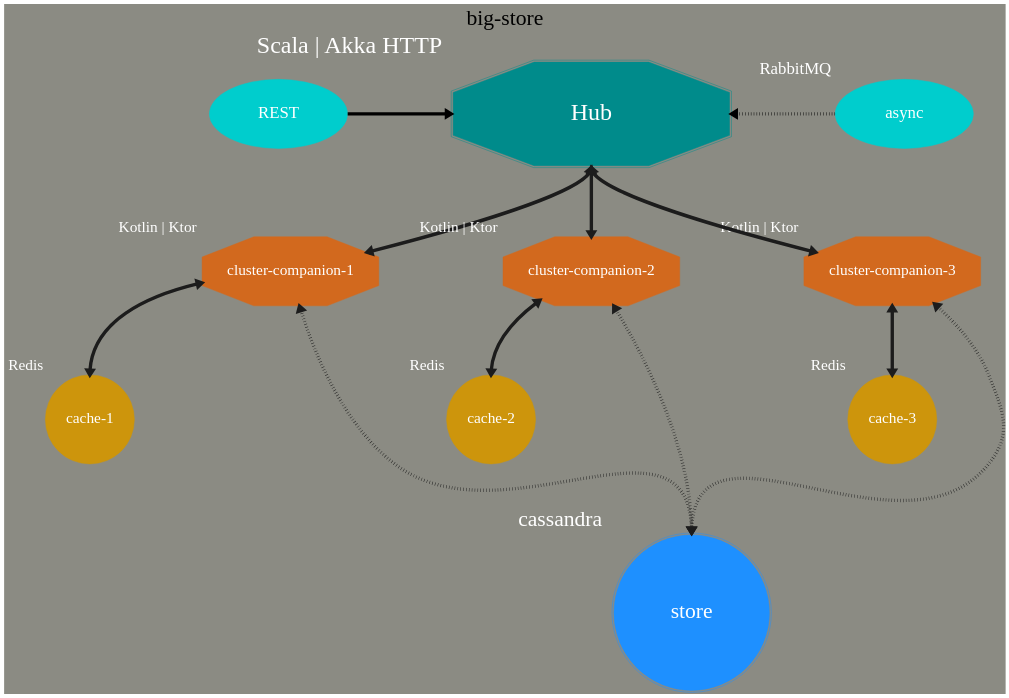
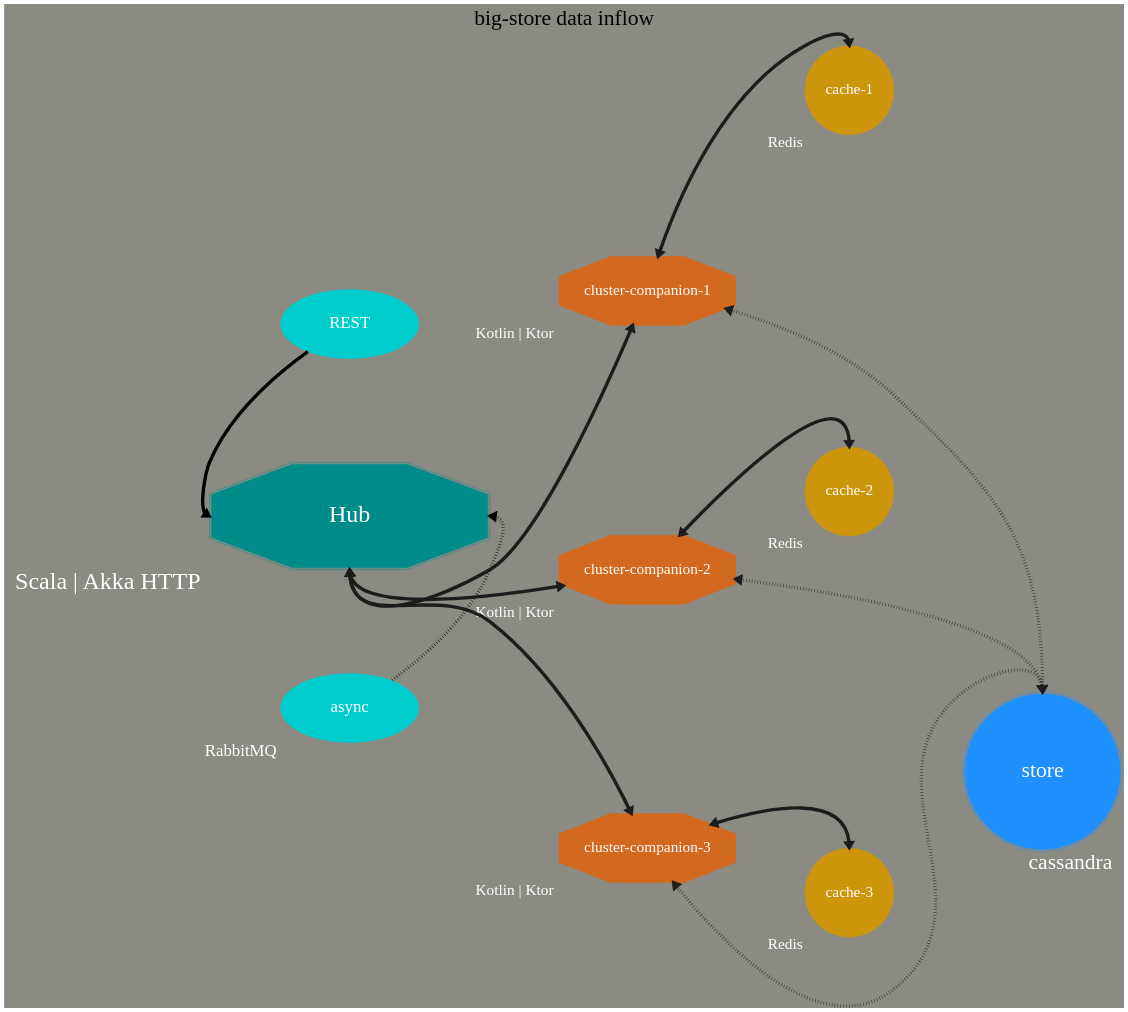
One commit to jakubriegel/big-store-wti changed the diagram in docs/schema/big-store-data-inflow.gv. Above: the diagram before and after it, drawn with Graphviz. The commit also changed 3 other files, not shown here.

```diff
--- a/docs/schema/big-store-data-inflow.gv
+++ b/docs/schema/big-store-data-inflow.gv
@@ -1,76 +1,77 @@
 digraph bigstore {
     
-    label="big-store"
+    label="big-store data inflow"
     labelloc=t
     fontname="JetBrains Mono Medium"
 
     graph [fontsize=45 ranksep=2 bgcolor=ivory4]
     node [fontname="JetBrains Mono Medium" fontcolor=white]
     edge [dir=both penwidth=7] 
     nodesep=3
+    rankdir=LR
 
     subgraph hub {
         node [style=filled] 
 
         {rank=source;
             "Hub" [xlabel="Scala | Akka HTTP" fontsize=50 shape=doubleoctagon color=cyan4 height=3 width=8]
             "REST" [fontsize=35 shape=oval color=cyan3 height=2 width=4]
             "async" [xlabel="RabbitMQ" fontsize=35 shape=oval color=cyan3 height=2 width=4]
         }
 
         "REST" -> "Hub" [dir=both headport=w] 
         "Hub" -> "async" [style=invis]
         "async" -> "Hub" [headport=e style=dotted]
         
     }
     
     subgraph companions {
         node [
                 xlabel="Kotlin | Ktor"
                 padding=5 fontsize=32 shape=octagon style=filled color=chocolate height=2 colorsheme=paired12
             ]
         edge [style=bold colorscheme="paired12"]
 
         "cluster-companion-1"
         "cluster-companion-2"
         "cluster-companion-3"
     }
 
     subgraph caches {
         node [
                 xlabel="Redis"
                 padding=5 fontsize=32 shape=circle style=filled color=darkgoldenrod3 colorsheme=paired12
             ]
         edge [style=bold colorscheme="paired12"]
 
         "cache-1"
         "cache-2"
         "cache-3"
     }
 
     subgraph store {
         node [fontsize=45 shape=doublecircle width=4.5 style=filled color=dodgerblue1]
 
         { rank=sink; 
             "store" [xlabel="cassandra"]
         }
     }
 
     subgraph companions_connections {
         "cluster-companion-1" -> "store" [headport=n color=grey11 style=dotted]
         "cluster-companion-2" -> "store" [headport=n color=grey11 style=dotted]
         "cluster-companion-3" -> "store" [headport=n color=grey11 style=dotted]
         
         "cluster-companion-1" -> "cache-1" [headport=n color=grey11]
         "cluster-companion-2" -> "cache-2" [headport=n color=grey11]
         "cluster-companion-3" -> "cache-3" [headport=n color=grey11]
     }
 
 
     subgraph Hub_service_connections {
         "cluster-companion-1" -> "Hub" [headport=s color=grey11]
         "cluster-companion-2" -> "Hub" [headport=s color=grey11]
         "cluster-companion-3" -> "Hub" [headport=s color=grey11]
     }
 
 }
```
